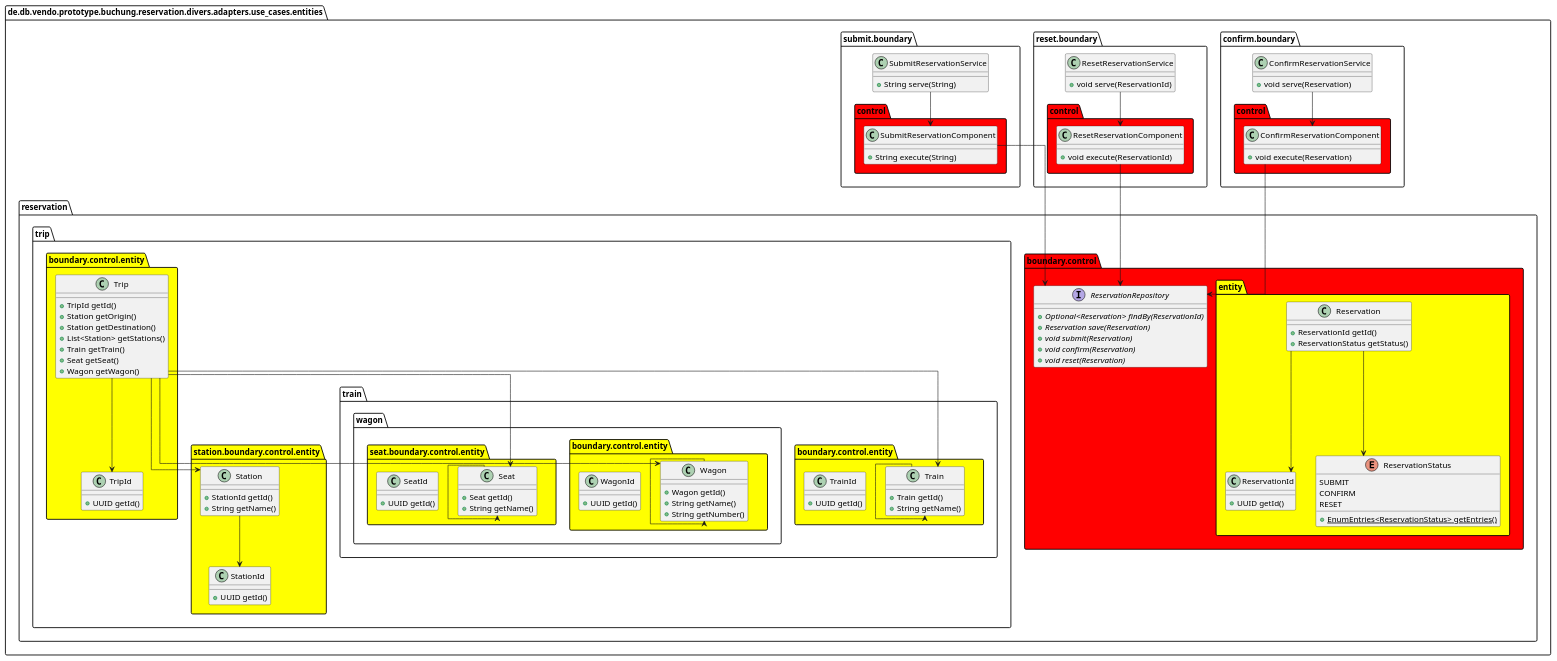
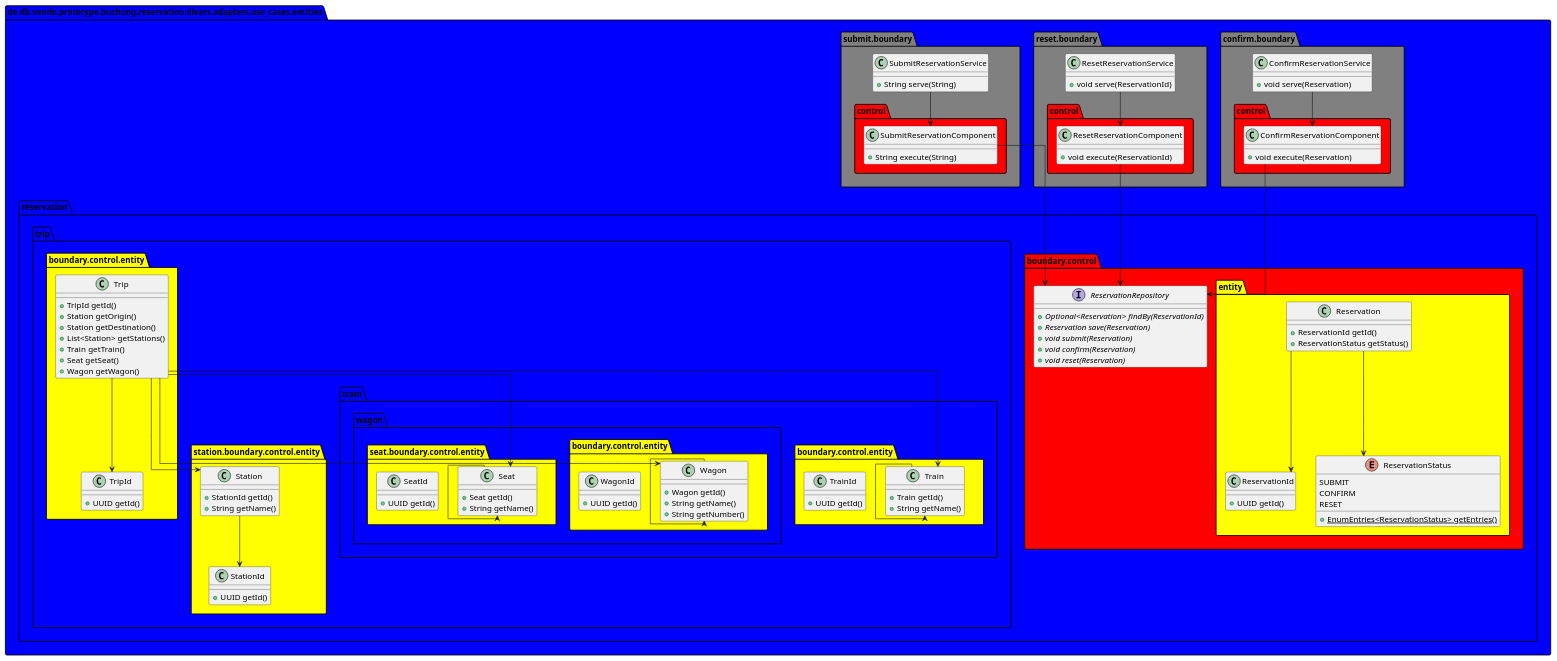
The diagram in doc/uml/puml/entities.puml (punkratz312/reservation-proto), drawn with PlantUML before and after one commit. The commit also changed 12 other files, not shown here.

```diff
--- a/doc/uml/puml/entities.puml
+++ b/doc/uml/puml/entities.puml
@@ -1,118 +1,140 @@
 @startuml
 !pragma useIntermediatePackages false
 skinparam linetype ortho
 show stereotype
+package divers as de.db.vendo.prototype.buchung.reservation.divers #blue {}
+package adapters as de.db.vendo.prototype.buchung.reservation.divers.adapters #blue {}
+package use_cases as de.db.vendo.prototype.buchung.reservation.divers.adapters.use_cases #blue {}
+package entities as de.db.vendo.prototype.buchung.reservation.divers.adapters.use_cases.entities #blue {}
+package confirm as de.db.vendo.prototype.buchung.reservation.divers.adapters.use_cases.entities.confirm #blue {}
+package boundary as de.db.vendo.prototype.buchung.reservation.divers.adapters.use_cases.entities.confirm.boundary #gray {}
 package control as de.db.vendo.prototype.buchung.reservation.divers.adapters.use_cases.entities.confirm.boundary.control #red {}
+package reservation as de.db.vendo.prototype.buchung.reservation.divers.adapters.use_cases.entities.reservation #blue {}
+package boundary as de.db.vendo.prototype.buchung.reservation.divers.adapters.use_cases.entities.reservation.boundary #gray {}
 package control as de.db.vendo.prototype.buchung.reservation.divers.adapters.use_cases.entities.reservation.boundary.control #red {}
 package entity as de.db.vendo.prototype.buchung.reservation.divers.adapters.use_cases.entities.reservation.boundary.control.entity #yellow {}
+package trip as de.db.vendo.prototype.buchung.reservation.divers.adapters.use_cases.entities.reservation.trip #blue {}
+package boundary as de.db.vendo.prototype.buchung.reservation.divers.adapters.use_cases.entities.reservation.trip.boundary #gray {}
 package control as de.db.vendo.prototype.buchung.reservation.divers.adapters.use_cases.entities.reservation.trip.boundary.control #red {}
 package entity as de.db.vendo.prototype.buchung.reservation.divers.adapters.use_cases.entities.reservation.trip.boundary.control.entity #yellow {}
+package station as de.db.vendo.prototype.buchung.reservation.divers.adapters.use_cases.entities.reservation.trip.station #blue {}
+package boundary as de.db.vendo.prototype.buchung.reservation.divers.adapters.use_cases.entities.reservation.trip.station.boundary #gray {}
 package control as de.db.vendo.prototype.buchung.reservation.divers.adapters.use_cases.entities.reservation.trip.station.boundary.control #red {}
 package entity as de.db.vendo.prototype.buchung.reservation.divers.adapters.use_cases.entities.reservation.trip.station.boundary.control.entity #yellow {}
+package train as de.db.vendo.prototype.buchung.reservation.divers.adapters.use_cases.entities.reservation.trip.train #blue {}
+package boundary as de.db.vendo.prototype.buchung.reservation.divers.adapters.use_cases.entities.reservation.trip.train.boundary #gray {}
 package control as de.db.vendo.prototype.buchung.reservation.divers.adapters.use_cases.entities.reservation.trip.train.boundary.control #red {}
 package entity as de.db.vendo.prototype.buchung.reservation.divers.adapters.use_cases.entities.reservation.trip.train.boundary.control.entity #yellow {}
+package wagon as de.db.vendo.prototype.buchung.reservation.divers.adapters.use_cases.entities.reservation.trip.train.wagon #blue {}
+package boundary as de.db.vendo.prototype.buchung.reservation.divers.adapters.use_cases.entities.reservation.trip.train.wagon.boundary #gray {}
 package control as de.db.vendo.prototype.buchung.reservation.divers.adapters.use_cases.entities.reservation.trip.train.wagon.boundary.control #red {}
 package entity as de.db.vendo.prototype.buchung.reservation.divers.adapters.use_cases.entities.reservation.trip.train.wagon.boundary.control.entity #yellow {}
+package seat as de.db.vendo.prototype.buchung.reservation.divers.adapters.use_cases.entities.reservation.trip.train.wagon.seat #blue {}
+package boundary as de.db.vendo.prototype.buchung.reservation.divers.adapters.use_cases.entities.reservation.trip.train.wagon.seat.boundary #gray {}
 package control as de.db.vendo.prototype.buchung.reservation.divers.adapters.use_cases.entities.reservation.trip.train.wagon.seat.boundary.control #red {}
 package entity as de.db.vendo.prototype.buchung.reservation.divers.adapters.use_cases.entities.reservation.trip.train.wagon.seat.boundary.control.entity #yellow {}
+package reset as de.db.vendo.prototype.buchung.reservation.divers.adapters.use_cases.entities.reset #blue {}
+package boundary as de.db.vendo.prototype.buchung.reservation.divers.adapters.use_cases.entities.reset.boundary #gray {}
 package control as de.db.vendo.prototype.buchung.reservation.divers.adapters.use_cases.entities.reset.boundary.control #red {}
+package submit as de.db.vendo.prototype.buchung.reservation.divers.adapters.use_cases.entities.submit #blue {}
+package boundary as de.db.vendo.prototype.buchung.reservation.divers.adapters.use_cases.entities.submit.boundary #gray {}
 package control as de.db.vendo.prototype.buchung.reservation.divers.adapters.use_cases.entities.submit.boundary.control #red {}
 
 class "ConfirmReservationService" as de.db.vendo.prototype.buchung.reservation.divers.adapters.use_cases.entities.confirm.boundary.ConfirmReservationService {
   +void serve(Reservation)
 }
 class "ConfirmReservationComponent" as de.db.vendo.prototype.buchung.reservation.divers.adapters.use_cases.entities.confirm.boundary.control.ConfirmReservationComponent {
   +void execute(Reservation)
 }
 interface "ReservationRepository" as de.db.vendo.prototype.buchung.reservation.divers.adapters.use_cases.entities.reservation.boundary.control.ReservationRepository {
   + {abstract}Optional<Reservation> findBy(ReservationId)
   + {abstract}Reservation save(Reservation)
   + {abstract}void submit(Reservation)
   + {abstract}void confirm(Reservation)
   + {abstract}void reset(Reservation)
 }
 class "Reservation" as de.db.vendo.prototype.buchung.reservation.divers.adapters.use_cases.entities.reservation.boundary.control.entity.Reservation {
   +ReservationId getId()
   +ReservationStatus getStatus()
 }
 class "ReservationId" as de.db.vendo.prototype.buchung.reservation.divers.adapters.use_cases.entities.reservation.boundary.control.entity.ReservationId {
   +UUID getId()
 }
 enum "ReservationStatus" as de.db.vendo.prototype.buchung.reservation.divers.adapters.use_cases.entities.reservation.boundary.control.entity.ReservationStatus {
   SUBMIT
   CONFIRM
   RESET
   __
   + {static}EnumEntries<ReservationStatus> getEntries()
 }
 class "Trip" as de.db.vendo.prototype.buchung.reservation.divers.adapters.use_cases.entities.reservation.trip.boundary.control.entity.Trip {
   +TripId getId()
   +Station getOrigin()
   +Station getDestination()
   +List<Station> getStations()
   +Train getTrain()
   +Seat getSeat()
   +Wagon getWagon()
 }
 class "TripId" as de.db.vendo.prototype.buchung.reservation.divers.adapters.use_cases.entities.reservation.trip.boundary.control.entity.TripId {
   +UUID getId()
 }
 class "Station" as de.db.vendo.prototype.buchung.reservation.divers.adapters.use_cases.entities.reservation.trip.station.boundary.control.entity.Station {
   +StationId getId()
   +String getName()
 }
 class "StationId" as de.db.vendo.prototype.buchung.reservation.divers.adapters.use_cases.entities.reservation.trip.station.boundary.control.entity.StationId {
   +UUID getId()
 }
 class "Train" as de.db.vendo.prototype.buchung.reservation.divers.adapters.use_cases.entities.reservation.trip.train.boundary.control.entity.Train {
   +Train getId()
   +String getName()
 }
 class "TrainId" as de.db.vendo.prototype.buchung.reservation.divers.adapters.use_cases.entities.reservation.trip.train.boundary.control.entity.TrainId {
   +UUID getId()
 }
 class "Wagon" as de.db.vendo.prototype.buchung.reservation.divers.adapters.use_cases.entities.reservation.trip.train.wagon.boundary.control.entity.Wagon {
   +Wagon getId()
   +String getName()
   +String getNumber()
 }
 class "WagonId" as de.db.vendo.prototype.buchung.reservation.divers.adapters.use_cases.entities.reservation.trip.train.wagon.boundary.control.entity.WagonId {
   +UUID getId()
 }
 class "Seat" as de.db.vendo.prototype.buchung.reservation.divers.adapters.use_cases.entities.reservation.trip.train.wagon.seat.boundary.control.entity.Seat {
   +Seat getId()
   +String getName()
 }
 class "SeatId" as de.db.vendo.prototype.buchung.reservation.divers.adapters.use_cases.entities.reservation.trip.train.wagon.seat.boundary.control.entity.SeatId {
   +UUID getId()
 }
 class "ResetReservationService" as de.db.vendo.prototype.buchung.reservation.divers.adapters.use_cases.entities.reset.boundary.ResetReservationService {
   +void serve(ReservationId)
 }
 class "ResetReservationComponent" as de.db.vendo.prototype.buchung.reservation.divers.adapters.use_cases.entities.reset.boundary.control.ResetReservationComponent {
   +void execute(ReservationId)
 }
 class "SubmitReservationService" as de.db.vendo.prototype.buchung.reservation.divers.adapters.use_cases.entities.submit.boundary.SubmitReservationService {
   +String serve(String)
 }
 class "SubmitReservationComponent" as de.db.vendo.prototype.buchung.reservation.divers.adapters.use_cases.entities.submit.boundary.control.SubmitReservationComponent {
   +String execute(String)
 }
 de.db.vendo.prototype.buchung.reservation.divers.adapters.use_cases.entities.confirm.boundary.ConfirmReservationService --> de.db.vendo.prototype.buchung.reservation.divers.adapters.use_cases.entities.confirm.boundary.control.ConfirmReservationComponent
 de.db.vendo.prototype.buchung.reservation.divers.adapters.use_cases.entities.confirm.boundary.control.ConfirmReservationComponent --> de.db.vendo.prototype.buchung.reservation.divers.adapters.use_cases.entities.reservation.boundary.control.ReservationRepository
 de.db.vendo.prototype.buchung.reservation.divers.adapters.use_cases.entities.reservation.boundary.control.entity.Reservation --> de.db.vendo.prototype.buchung.reservation.divers.adapters.use_cases.entities.reservation.boundary.control.entity.ReservationId
 de.db.vendo.prototype.buchung.reservation.divers.adapters.use_cases.entities.reservation.boundary.control.entity.Reservation --> de.db.vendo.prototype.buchung.reservation.divers.adapters.use_cases.entities.reservation.boundary.control.entity.ReservationStatus
 de.db.vendo.prototype.buchung.reservation.divers.adapters.use_cases.entities.reservation.trip.boundary.control.entity.Trip --> de.db.vendo.prototype.buchung.reservation.divers.adapters.use_cases.entities.reservation.trip.boundary.control.entity.TripId
 de.db.vendo.prototype.buchung.reservation.divers.adapters.use_cases.entities.reservation.trip.boundary.control.entity.Trip --> de.db.vendo.prototype.buchung.reservation.divers.adapters.use_cases.entities.reservation.trip.station.boundary.control.entity.Station
 de.db.vendo.prototype.buchung.reservation.divers.adapters.use_cases.entities.reservation.trip.boundary.control.entity.Trip --> de.db.vendo.prototype.buchung.reservation.divers.adapters.use_cases.entities.reservation.trip.train.wagon.seat.boundary.control.entity.Seat
 de.db.vendo.prototype.buchung.reservation.divers.adapters.use_cases.entities.reservation.trip.boundary.control.entity.Trip --> de.db.vendo.prototype.buchung.reservation.divers.adapters.use_cases.entities.reservation.trip.train.boundary.control.entity.Train
 de.db.vendo.prototype.buchung.reservation.divers.adapters.use_cases.entities.reservation.trip.boundary.control.entity.Trip --> de.db.vendo.prototype.buchung.reservation.divers.adapters.use_cases.entities.reservation.trip.train.wagon.boundary.control.entity.Wagon
 de.db.vendo.prototype.buchung.reservation.divers.adapters.use_cases.entities.reservation.trip.station.boundary.control.entity.Station --> de.db.vendo.prototype.buchung.reservation.divers.adapters.use_cases.entities.reservation.trip.station.boundary.control.entity.StationId
 de.db.vendo.prototype.buchung.reservation.divers.adapters.use_cases.entities.reservation.trip.train.boundary.control.entity.Train --> de.db.vendo.prototype.buchung.reservation.divers.adapters.use_cases.entities.reservation.trip.train.boundary.control.entity.Train
 de.db.vendo.prototype.buchung.reservation.divers.adapters.use_cases.entities.reservation.trip.train.wagon.boundary.control.entity.Wagon --> de.db.vendo.prototype.buchung.reservation.divers.adapters.use_cases.entities.reservation.trip.train.wagon.boundary.control.entity.Wagon
 de.db.vendo.prototype.buchung.reservation.divers.adapters.use_cases.entities.reservation.trip.train.wagon.seat.boundary.control.entity.Seat --> de.db.vendo.prototype.buchung.reservation.divers.adapters.use_cases.entities.reservation.trip.train.wagon.seat.boundary.control.entity.Seat
 de.db.vendo.prototype.buchung.reservation.divers.adapters.use_cases.entities.reset.boundary.ResetReservationService --> de.db.vendo.prototype.buchung.reservation.divers.adapters.use_cases.entities.reset.boundary.control.ResetReservationComponent
 de.db.vendo.prototype.buchung.reservation.divers.adapters.use_cases.entities.reset.boundary.control.ResetReservationComponent --> de.db.vendo.prototype.buchung.reservation.divers.adapters.use_cases.entities.reservation.boundary.control.ReservationRepository
 de.db.vendo.prototype.buchung.reservation.divers.adapters.use_cases.entities.submit.boundary.SubmitReservationService --> de.db.vendo.prototype.buchung.reservation.divers.adapters.use_cases.entities.submit.boundary.control.SubmitReservationComponent
 de.db.vendo.prototype.buchung.reservation.divers.adapters.use_cases.entities.submit.boundary.control.SubmitReservationComponent --> de.db.vendo.prototype.buchung.reservation.divers.adapters.use_cases.entities.reservation.boundary.control.ReservationRepository
 @enduml
```
